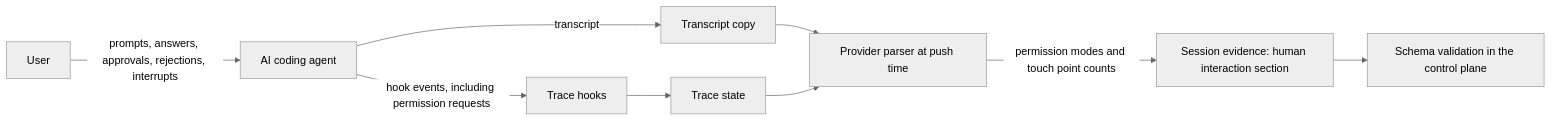
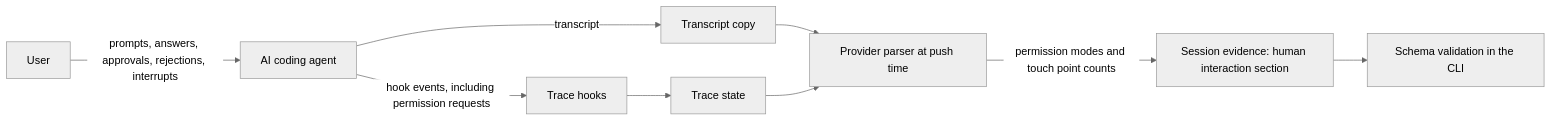
Before and after one commit to chainloop-dev/chainloop: the diagram in docs/specs/issue-3829-session-human-touch-points.md, drawn with Mermaid (neutral theme). The commit also changed other lines of this file and 1 other file, not shown here.

````diff
--- a/docs/specs/issue-3829-session-human-touch-points.md
+++ b/docs/specs/issue-3829-session-human-touch-points.md
@@ -147,11 +147,11 @@
 ```mermaid
 flowchart LR
     U[User] -->|prompts, answers, approvals, rejections, interrupts| A[AI coding agent]
     A -->|transcript| T[Transcript copy]
     A -->|hook events, including permission requests| H[Trace hooks]
     H --> S[Trace state]
     T --> P[Provider parser at push time]
     S --> P
     P -->|permission modes and touch point counts| E[Session evidence: human interaction section]
-    E --> V[Schema validation in the control plane]
+    E --> V[Schema validation in the CLI]
 ```
````
